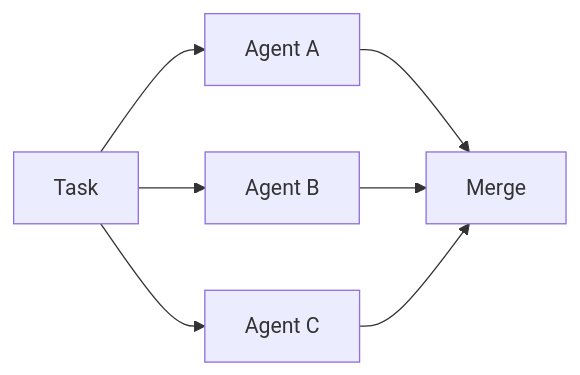
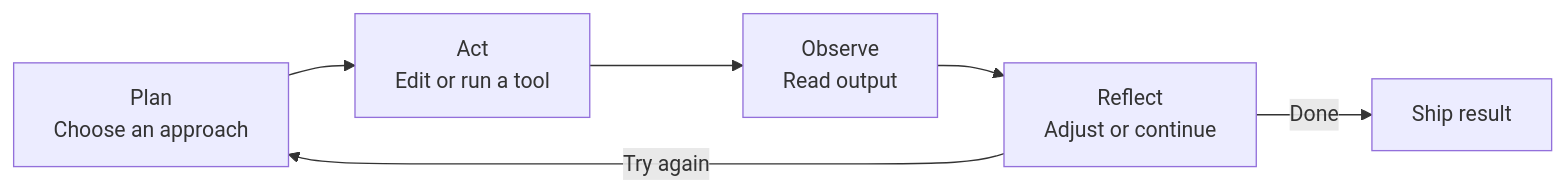
One commit to tammym-demos/ghcp-agentic-hack changed the fourth of 4 diagrams in workshops/copilot-dev-agentic/copilot-dev-agentic.slidev.md. Above: the diagram before and after it, drawn with Mermaid. The commit also changed other lines of this file and 20 other files, not shown here.

````diff
--- a/workshops/copilot-dev-agentic/copilot-dev-agentic.slidev.md
+++ b/workshops/copilot-dev-agentic/copilot-dev-agentic.slidev.md
@@ -595,9 +365,8 @@
-```mermaid {scale: 0.5}
+```mermaid {scale: 0.75}
 graph LR
-    T["Task"] --> A["Agent A"]
-    T --> B["Agent B"]
-    T --> C["Agent C"]
-    A --> M["Merge"]
-    B --> M
-    C --> M
+    A["Plan<br/>Choose an approach"] --> B["Act<br/>Edit or run a tool"]
+    B --> C["Observe<br/>Read output"]
+    C --> D["Reflect<br/>Adjust or continue"]
+    D -->|"Try again"| A
+    D -->|"Done"| E["Ship result"]
 ```
````
